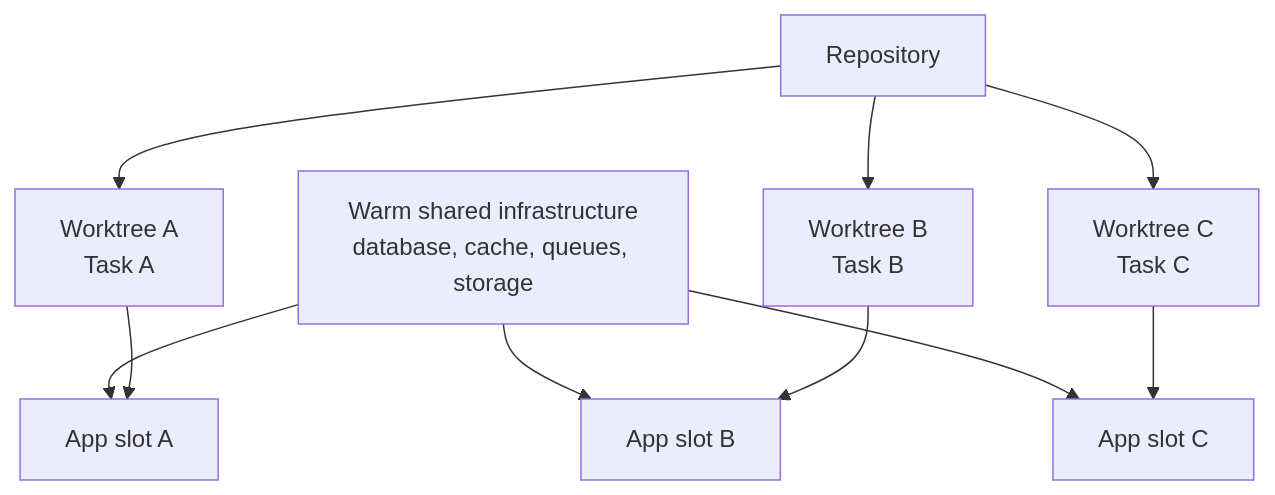
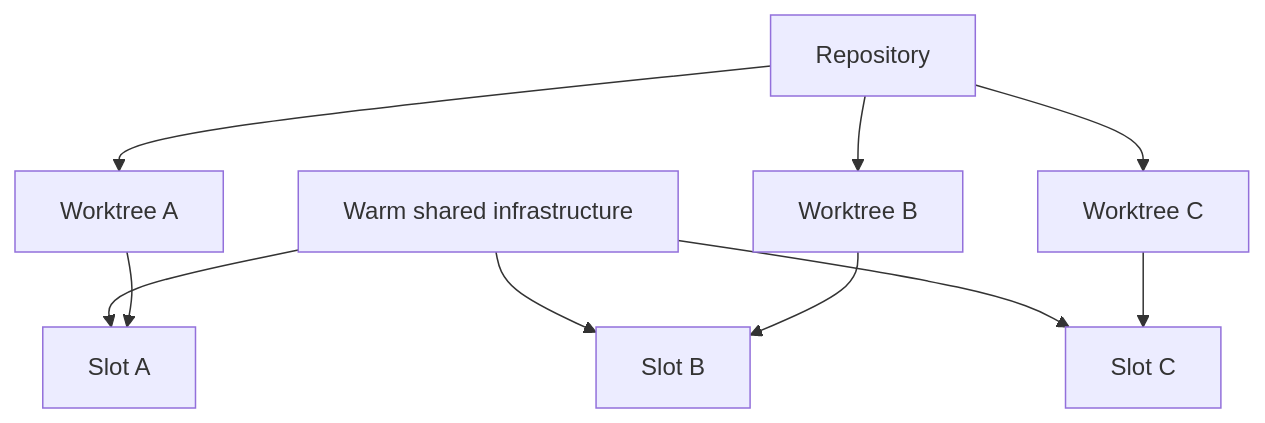
The fourth of 7 diagrams in README.md (sabirmgd/terminal-first-goal-loop), drawn with Mermaid before and after one commit. The commit also changed other lines of this file and 33 other files, not shown here.

````diff
--- a/README.md
+++ b/README.md
@@ -122,12 +163,12 @@
 ```mermaid
 flowchart TB
-    R["Repository"] --> W1["Worktree A<br/>Task A"]
-    R --> W2["Worktree B<br/>Task B"]
-    R --> W3["Worktree C<br/>Task C"]
-    I["Warm shared infrastructure<br/>database, cache, queues, storage"] --> S1["App slot A"]
-    I --> S2["App slot B"]
-    I --> S3["App slot C"]
+    R["Repository"] --> W1["Worktree A"]
+    R --> W2["Worktree B"]
+    R --> W3["Worktree C"]
+    I["Warm shared infrastructure"] --> S1["Slot A"]
+    I --> S2["Slot B"]
+    I --> S3["Slot C"]
     W1 --> S1
     W2 --> S2
     W3 --> S3
 ```
````
